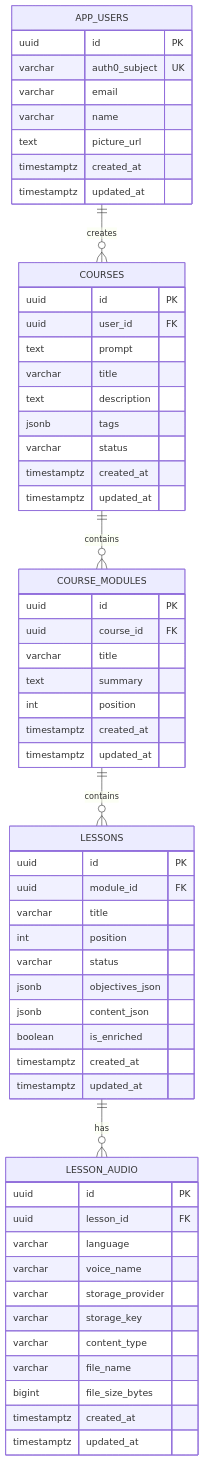
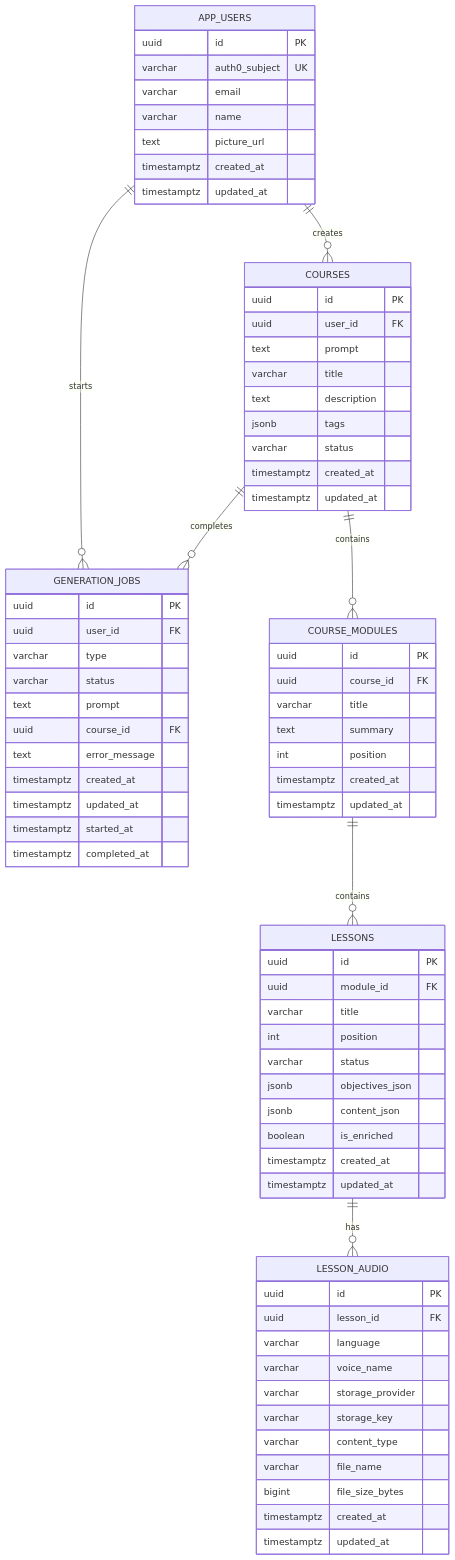
One commit to abhinav1karthik/Text-to-Learn-AI changed the sixth of 8 diagrams in README.md. Above: the diagram before and after it, drawn with Mermaid. The commit also changed other lines of this file and 13 other files, not shown here.

Commit message:
Add async course generation jobs

````diff
--- a/README.md
+++ b/README.md
@@ -226,66 +237,82 @@
 ```mermaid
 erDiagram
     APP_USERS ||--o{ COURSES : creates
+    APP_USERS ||--o{ GENERATION_JOBS : starts
     COURSES ||--o{ COURSE_MODULES : contains
     COURSE_MODULES ||--o{ LESSONS : contains
     LESSONS ||--o{ LESSON_AUDIO : has
+    COURSES ||--o{ GENERATION_JOBS : completes
 
     APP_USERS {
         uuid id PK
         varchar auth0_subject UK
         varchar email
         varchar name
         text picture_url
         timestamptz created_at
         timestamptz updated_at
     }
 
     COURSES {
         uuid id PK
         uuid user_id FK
         text prompt
         varchar title
         text description
         jsonb tags
         varchar status
         timestamptz created_at
         timestamptz updated_at
+    }
+
+    GENERATION_JOBS {
+        uuid id PK
+        uuid user_id FK
+        varchar type
+        varchar status
+        text prompt
+        uuid course_id FK
+        text error_message
+        timestamptz created_at
+        timestamptz updated_at
+        timestamptz started_at
+        timestamptz completed_at
     }
 
     COURSE_MODULES {
         uuid id PK
         uuid course_id FK
         varchar title
         text summary
         int position
         timestamptz created_at
         timestamptz updated_at
     }
 
     LESSONS {
         uuid id PK
         uuid module_id FK
         varchar title
         int position
         varchar status
         jsonb objectives_json
         jsonb content_json
         boolean is_enriched
         timestamptz created_at
         timestamptz updated_at
     }
 
     LESSON_AUDIO {
         uuid id PK
         uuid lesson_id FK
         varchar language
         varchar voice_name
         varchar storage_provider
         varchar storage_key
         varchar content_type
         varchar file_name
         bigint file_size_bytes
         timestamptz created_at
         timestamptz updated_at
     }
 ```
````
